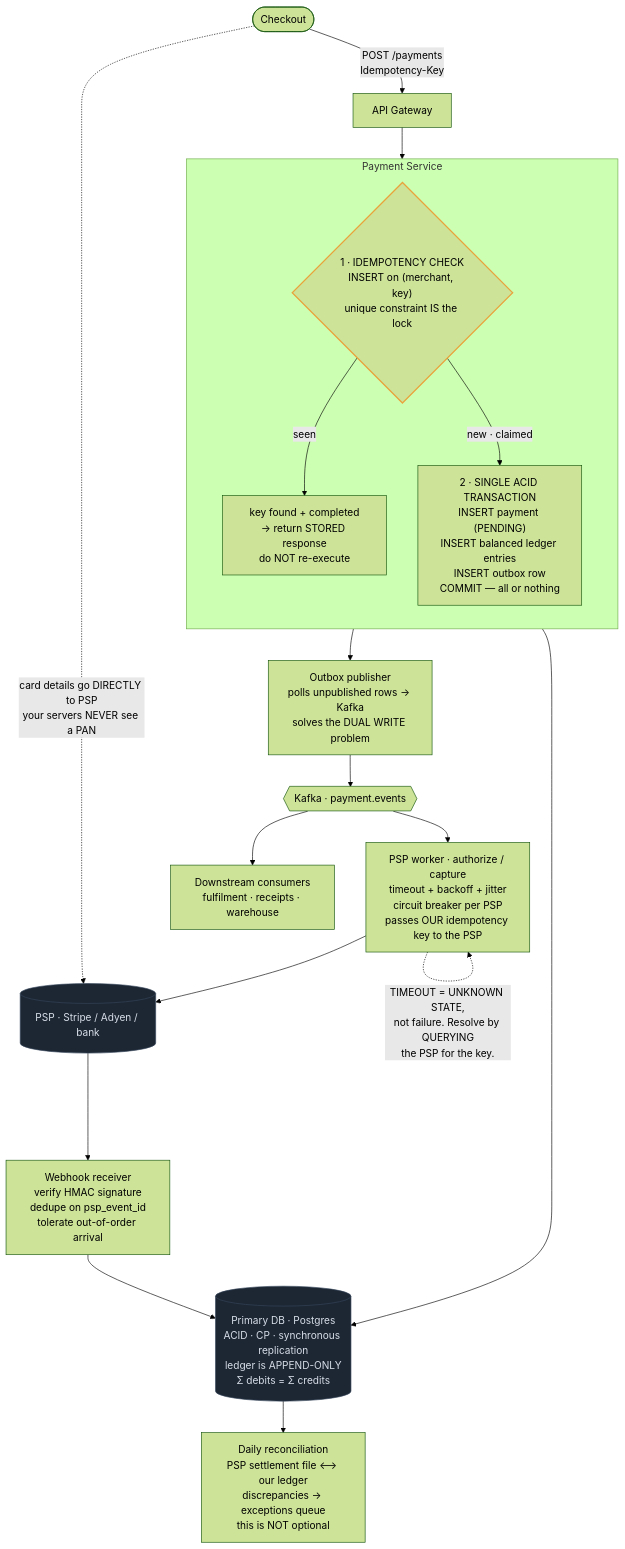
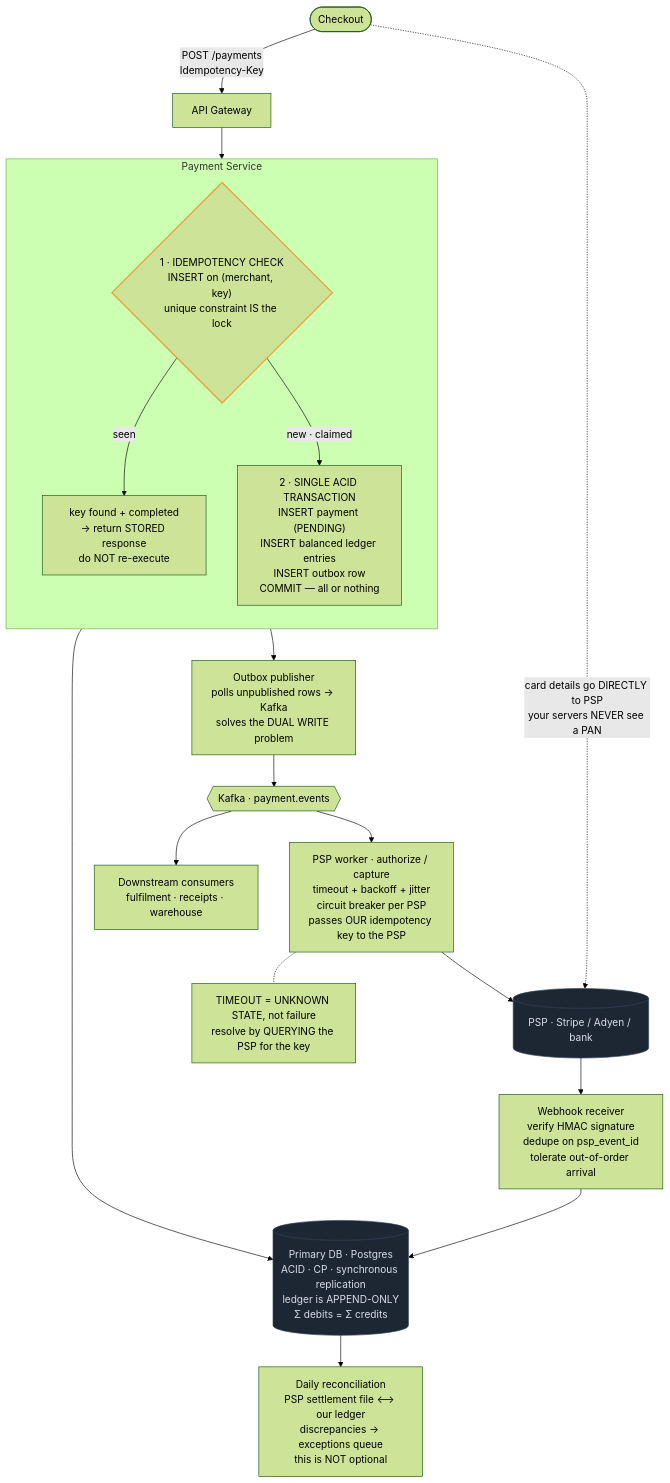
Before and after one commit to mertkahyaoglu/atlas: the diagram in content/designs/10-payment-system.md, drawn with Mermaid (forest theme). The commit also changed other lines of this file and 27 other files, not shown here.

First line of the commit message:
Diagram tooltips, design frontmatter panels, clearer architecture diagrams

````diff
--- a/content/designs/10-payment-system.md
+++ b/content/designs/10-payment-system.md
@@ -76,39 +117,35 @@
 ```mermaid
 flowchart TB
-    Checkout([Checkout]) -. "card details go DIRECTLY to PSP<br/>your servers NEVER see a PAN" .-> PSP
-    Checkout -- "POST /payments<br/>Idempotency-Key" --> GW[API Gateway]
+    Checkout([Checkout]) -- "POST /payments<br/>Idempotency-Key" --> GW[API Gateway]
+    Checkout -. "card details go DIRECTLY to PSP<br/>your servers NEVER see a PAN" .-> PSP
+
     subgraph PAY ["Payment Service"]
         direction TB
         Idem{"1 · IDEMPOTENCY CHECK<br/>INSERT on (merchant, key)<br/>unique constraint IS the lock"}
         Found["key found + completed<br/>→ return STORED response<br/>do NOT re-execute"]
         Txn["2 · SINGLE ACID TRANSACTION<br/>INSERT payment (PENDING)<br/>INSERT balanced ledger entries<br/>INSERT outbox row<br/>COMMIT — all or nothing"]
         Idem -- "seen" --> Found
         Idem -- "new · claimed" --> Txn
     end
-
     GW --> Idem
 
     Txn --> DB[("Primary DB · Postgres<br/>ACID · CP · synchronous replication<br/>ledger is APPEND-ONLY<br/>Σ debits = Σ credits")]
-    Txn --> Outbox
+    Txn --> Outbox["Outbox publisher<br/>polls unpublished rows → Kafka<br/>solves the DUAL WRITE problem"]
+    Outbox --> Events{{"Kafka · payment.events"}}
+    Events --> Downstream["Downstream consumers<br/>fulfilment · receipts · warehouse"]
+    Events --> Worker["PSP worker · authorize / capture<br/>timeout + backoff + jitter<br/>circuit breaker per PSP<br/>passes OUR idempotency key to the PSP"]
+    Worker -.- Timeout["TIMEOUT = UNKNOWN STATE, not failure<br/>resolve by QUERYING the PSP for the key"]
 
-    Outbox["Outbox publisher<br/>polls unpublished rows → Kafka<br/>solves the DUAL WRITE problem"]
-    Outbox --> Events{{"Kafka · payment.events"}}
-
-    Events --> Worker
-    Events --> Downstream["Downstream consumers<br/>fulfilment · receipts · warehouse"]
-
-    Worker["PSP worker · authorize / capture<br/>timeout + backoff + jitter<br/>circuit breaker per PSP<br/>passes OUR idempotency key to the PSP"]
     Worker --> PSP[("PSP · Stripe / Adyen / bank")]
-
-    Worker -. "TIMEOUT = UNKNOWN STATE,<br/>not failure. Resolve by QUERYING<br/>the PSP for the key." .-> Worker
-
     PSP --> Hook["Webhook receiver<br/>verify HMAC signature<br/>dedupe on psp_event_id<br/>tolerate out-of-order arrival"]
     Hook --> DB
-
     DB --> Recon["Daily reconciliation<br/>PSP settlement file ⟷ our ledger<br/>discrepancies → exceptions queue<br/>this is NOT optional"]
 
     classDef store fill:#1d2734,stroke:#35455a,color:#d7dee8
     classDef hot stroke:#e8a33d,stroke-width:2px
     class DB,PSP store
     class Idem hot
+
+    click DB href "/docs/02-data-storage" "Role: writes the payment and its ledger entries in one ACID transaction, replicated synchronously.<br/>Trade-off: picks consistency over availability, so writes stop rather than risk money."
+    click Events href "/docs/05-async-messaging-and-event-driven" "Role: publishes payment events for fulfilment and receipts, fed by the outbox.<br/>Trade-off: at-least-once delivery, so every consumer must dedupe."
 ```
````
